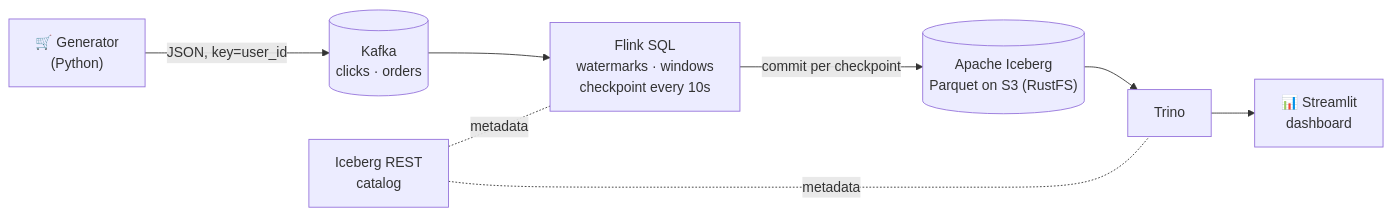
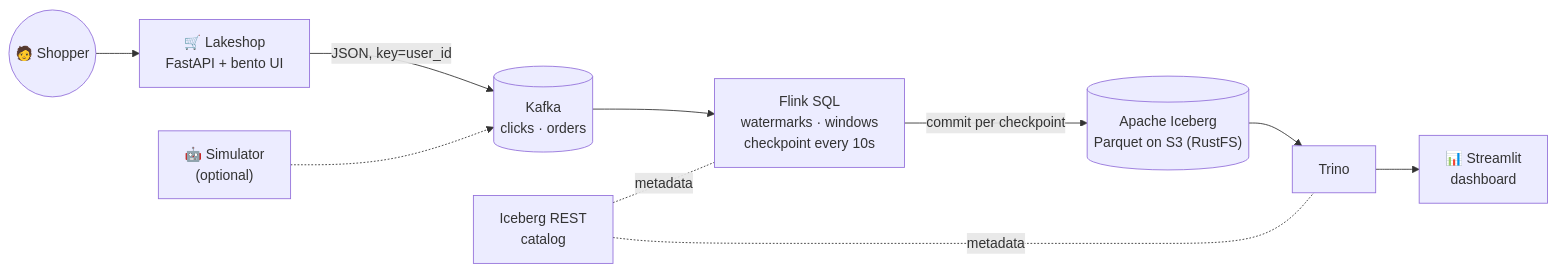
The diagram in README.md (kanersharma/realtime-ecommerce-lakehouse), drawn with Mermaid before and after one commit. The commit also changed other lines of this file and 12 other files, not shown here.

````diff
--- a/README.md
+++ b/README.md
@@ -35,10 +37,12 @@
 ```mermaid
 flowchart LR
-    G["🛒 Generator<br/>(Python)"] -- "JSON, key=user_id" --> K[("Kafka<br/>clicks · orders")]
+    U(("🧑 Shopper")) --> S["🛒 Lakeshop<br/>FastAPI + bento UI"]
+    S -- "JSON, key=user_id" --> K[("Kafka<br/>clicks · orders")]
+    G["🤖 Simulator<br/>(optional)"] -.-> K
     K --> F["Flink SQL<br/>watermarks · windows<br/>checkpoint every 10s"]
     F -- "commit per checkpoint" --> I[("Apache Iceberg<br/>Parquet on S3 (RustFS)")]
     C["Iceberg REST<br/>catalog"] -.metadata.- F
     C -.metadata.- T
     I --> T["Trino"]
     T --> D["📊 Streamlit<br/>dashboard"]
 ```
````
